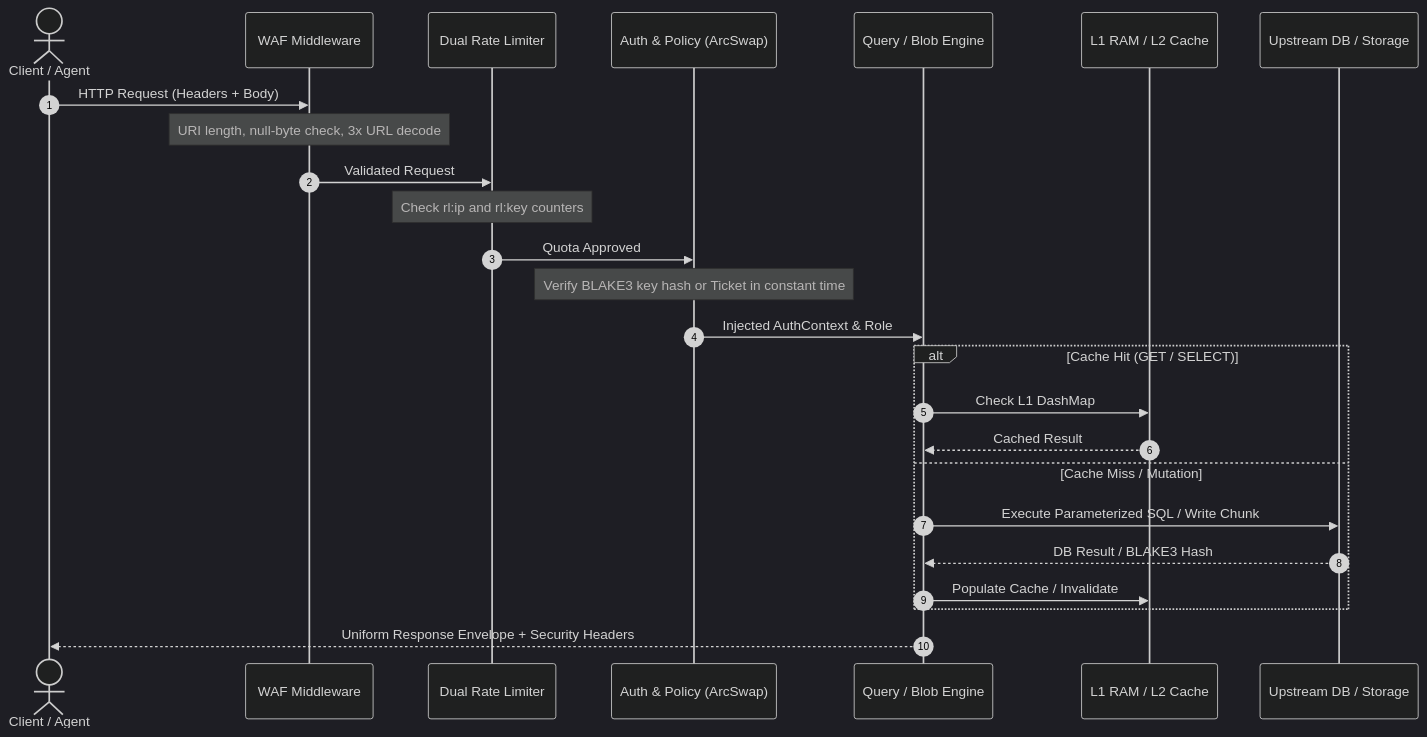
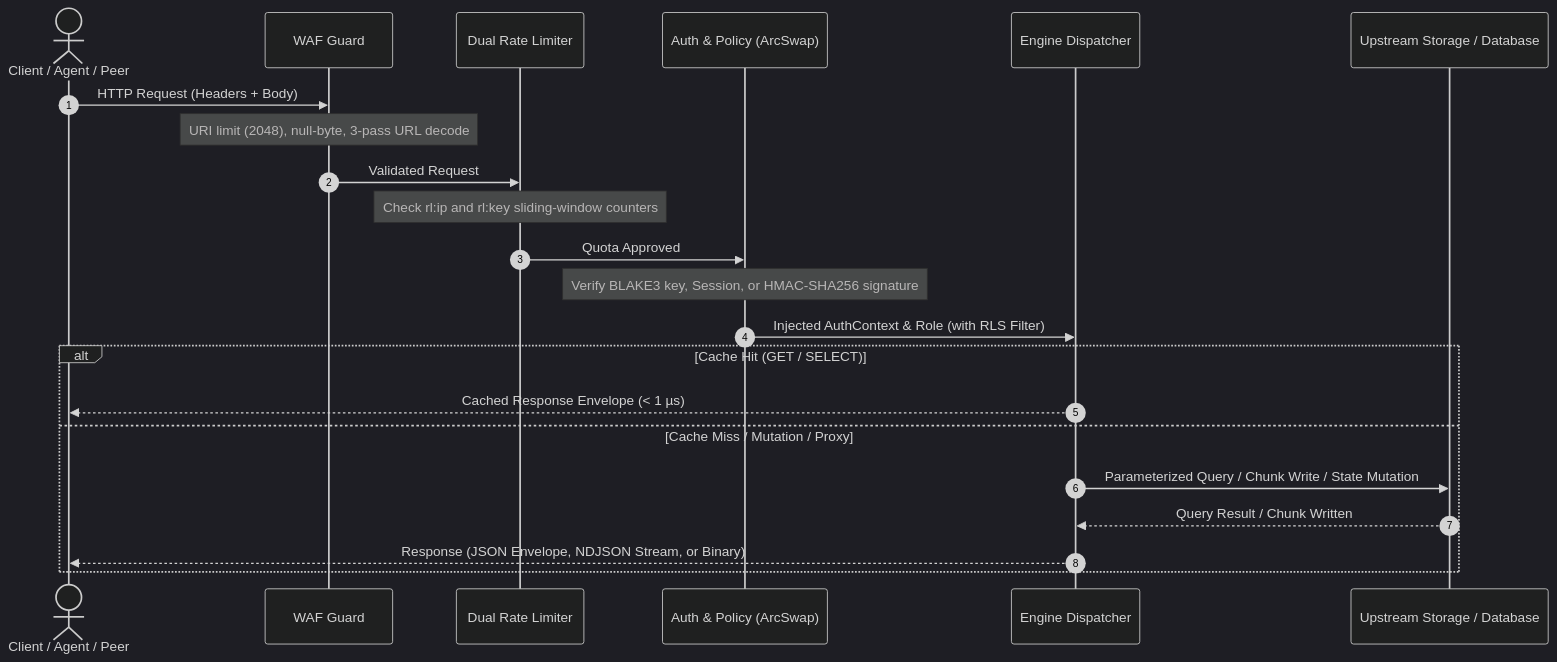
One commit to toxichome-whoami/axiom changed the diagram in docs/api.md. Above: the diagram before and after it, drawn with Mermaid (dark theme). The commit also changed other lines of this file and 2 other files, not shown here.

````diff
--- a/docs/api.md
+++ b/docs/api.md
@@ -22,28 +19,25 @@
 ```mermaid
 sequenceDiagram
     autonumber
-    actor Client as Client / Agent
-    participant WAF as WAF Middleware
+    actor Client as Client / Agent / Peer
+    participant WAF as WAF Guard
     participant RL as Dual Rate Limiter
     participant Auth as Auth & Policy (ArcSwap)
-    participant Core as Query / Blob Engine
-    participant Cache as L1 RAM / L2 Cache
-    participant DB as Upstream DB / Storage
+    participant Core as Engine Dispatcher
+    participant DB as Upstream Storage / Database
 
     Client->>WAF: HTTP Request (Headers + Body)
-    Note over WAF: URI length, null-byte check, 3x URL decode
+    Note over WAF: URI limit (2048), null-byte, 3-pass URL decode
     WAF->>RL: Validated Request
-    Note over RL: Check rl:ip and rl:key counters
+    Note over RL: Check rl:ip and rl:key sliding-window counters
     RL->>Auth: Quota Approved
-    Note over Auth: Verify BLAKE3 key hash or Ticket in constant time
-    Auth->>Core: Injected AuthContext & Role
+    Note over Auth: Verify BLAKE3 key, Session, or HMAC-SHA256 signature
+    Auth->>Core: Injected AuthContext & Role (with RLS Filter)
     alt Cache Hit (GET / SELECT)
-        Core->>Cache: Check L1 DashMap
-        Cache-->>Core: Cached Result
-    else Cache Miss / Mutation
-        Core->>DB: Execute Parameterized SQL / Write Chunk
-        DB-->>Core: DB Result / BLAKE3 Hash
-        Core->>Cache: Populate Cache / Invalidate
+        Core-->>Client: Cached Response Envelope (< 1 µs)
+    else Cache Miss / Mutation / Proxy
+        Core->>DB: Parameterized Query / Chunk Write / State Mutation
+        DB-->>Core: Query Result / Chunk Written
+        Core-->>Client: Response (JSON Envelope, NDJSON Stream, or Binary)
     end
-    Core-->>Client: Uniform Response Envelope + Security Headers
 ```
````
